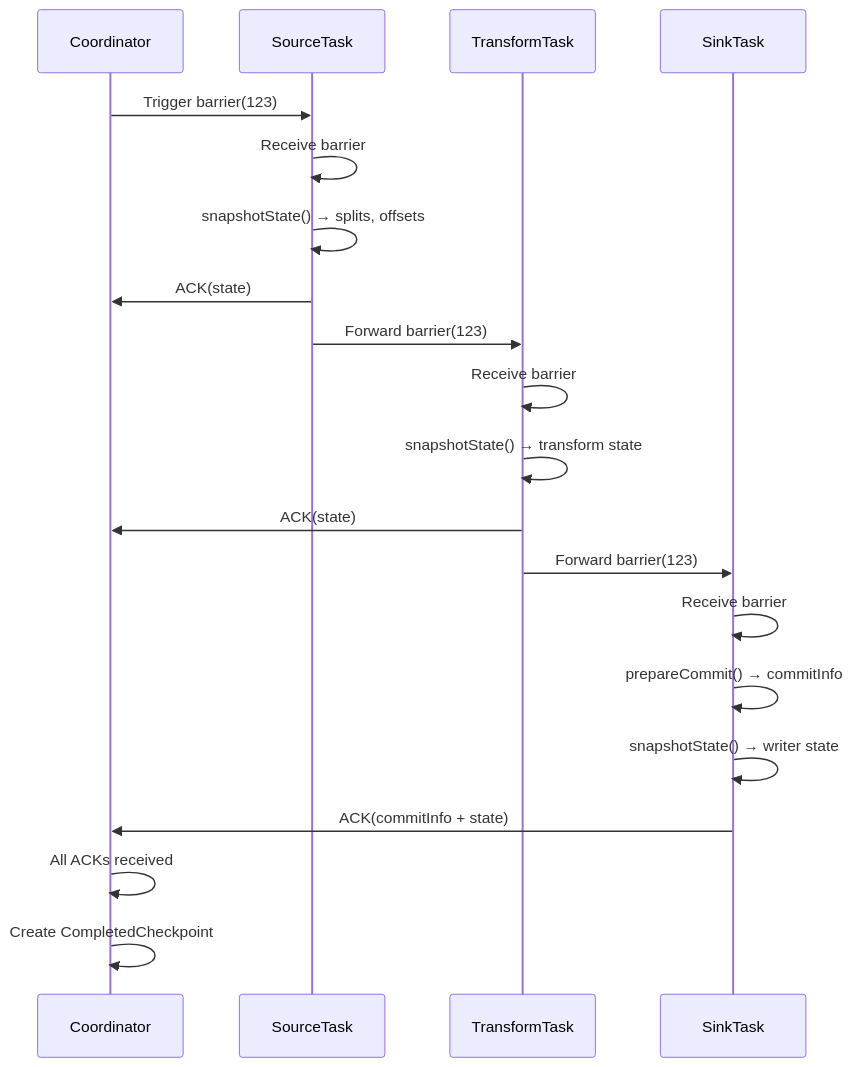
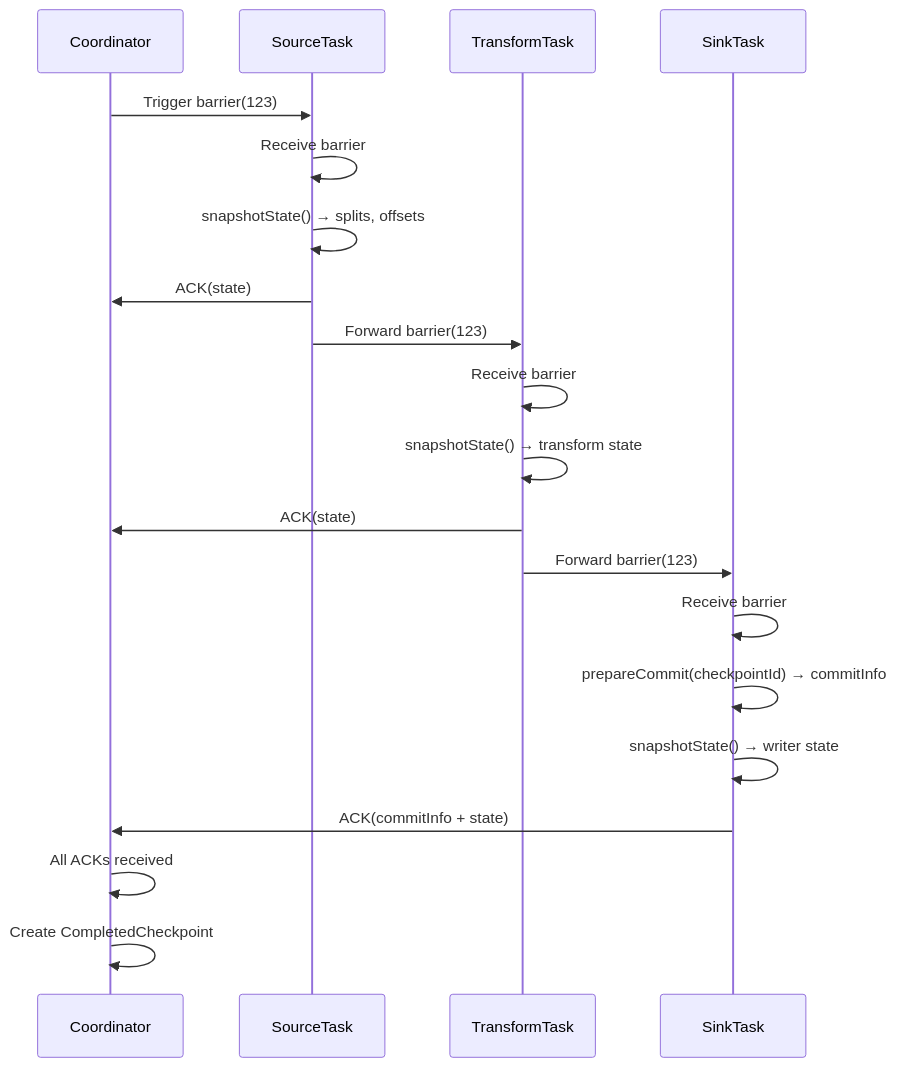
The second of 4 diagrams in docs/en/architecture/fault-tolerance/checkpoint-mechanism.md (apache/seatunnel), drawn with Mermaid before and after one commit. The commit also changed other lines of this file and 12 other files, not shown here.

Commit message:
docs: align EN architecture docs with Zeta implementation

````diff
--- a/docs/en/architecture/fault-tolerance/checkpoint-mechanism.md
+++ b/docs/en/architecture/fault-tolerance/checkpoint-mechanism.md
@@ -301,27 +300,27 @@
 ```mermaid
 sequenceDiagram
     participant Coord as Coordinator
     participant Source as SourceTask
     participant Transform as TransformTask
     participant Sink as SinkTask
 
     Coord->>Source: Trigger barrier(123)
 
     Source->>Source: Receive barrier
     Source->>Source: snapshotState() → splits, offsets
     Source->>Coord: ACK(state)
     Source->>Transform: Forward barrier(123)
 
     Transform->>Transform: Receive barrier
     Transform->>Transform: snapshotState() → transform state
     Transform->>Coord: ACK(state)
     Transform->>Sink: Forward barrier(123)
 
     Sink->>Sink: Receive barrier
-    Sink->>Sink: prepareCommit() → commitInfo
+    Sink->>Sink: prepareCommit(checkpointId) → commitInfo
     Sink->>Sink: snapshotState() → writer state
     Sink->>Coord: ACK(commitInfo + state)
 
     Coord->>Coord: All ACKs received
     Coord->>Coord: Create CompletedCheckpoint
 ```
````
